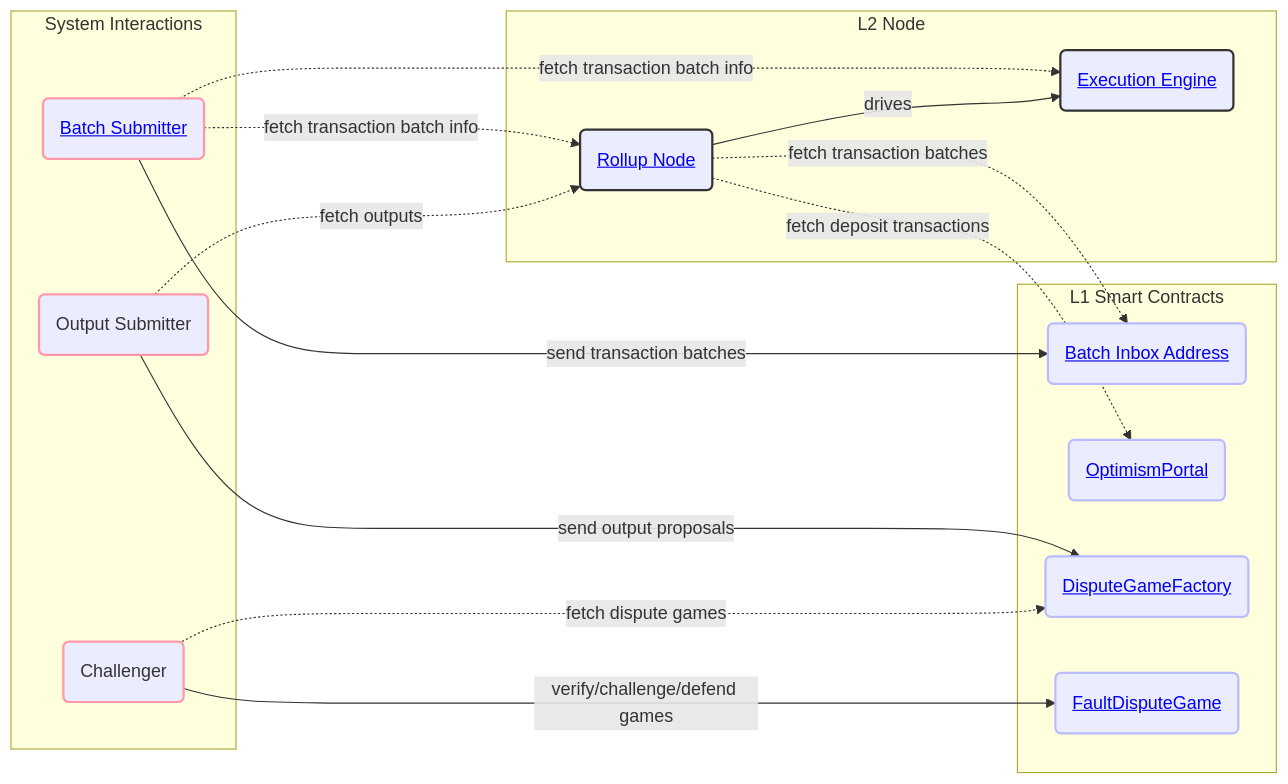
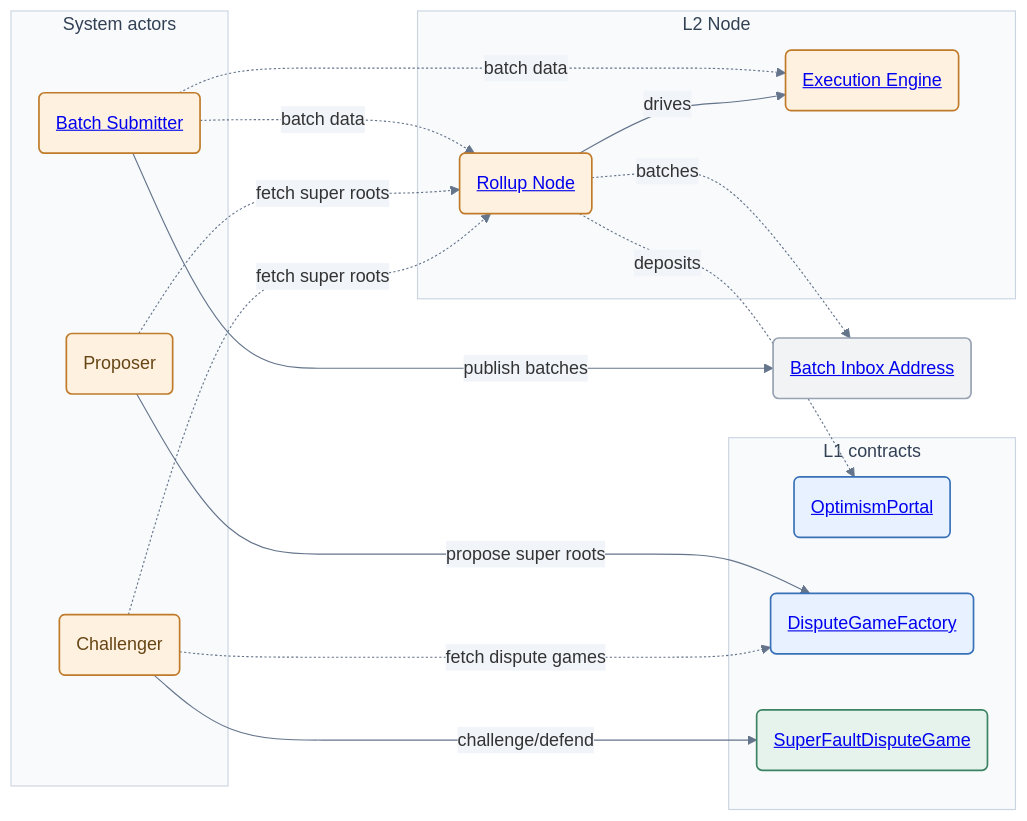
Before and after one commit to ethereum-optimism/specs: the seventh of 7 diagrams in specs/protocol/overview.md, drawn with Mermaid. The commit also changed other lines of this file, not shown here.

Commit message:
docs: refresh smart contract architecture overview

````diff
--- a/specs/protocol/overview.md
+++ b/specs/protocol/overview.md
@@ -277,42 +304,50 @@
 ```mermaid
+%%{init: {"theme": "base", "themeVariables": {"lineColor": "#64748b", "edgeLabelBackground": "#f1f5f9"}, "themeCSS": ".nodeLabel a { color: inherit !important; }"}}%%
 graph LR
-    subgraph "L2 Node"
+    subgraph NodeComponents[L2 Node]
         RollupNode(<a href="./rollup-node.html">Rollup Node</a>)
         ExecutionEngine(<a href="./exec-engine.html">Execution Engine</a>)
     end
 
-    subgraph "System Interactions"
+    subgraph SystemActors[System actors]
         BatchSubmitter(<a href="./batcher.html">Batch Submitter</a>)
-        OutputSubmitter(Output Submitter)
+        OutputSubmitter(Proposer)
         Challenger(Challenger)
     end
 
-    subgraph "L1 Smart Contracts"
-        BatchDataEOA(<a href="../glossary.html#batcher-transaction">Batch Inbox Address</a>)
+    BatchDataEOA(<a href="../glossary.html#batcher-transaction">Batch Inbox Address</a>)
+
+    subgraph L1Contracts[L1 contracts]
         OptimismPortal(<a href="./withdrawals.html#the-optimism-portal-contract">OptimismPortal</a>)
         DisputeGameFactory(<a href="../fault-proof/stage-one/dispute-game-interface.html#disputegamefactory-interface">DisputeGameFactory</a>)
-        FaultDisputeGame(<a href="../fault-proof/stage-one/fault-dispute-game.html">FaultDisputeGame</a>)
+        SuperFaultDisputeGame(<a href="../fault-proof/stage-one/super-fault-dispute-game.html">SuperFaultDisputeGame</a>)
     end
 
-    BatchSubmitter -.->|fetch transaction batch info| RollupNode
-    BatchSubmitter -.->|fetch transaction batch info| ExecutionEngine
-    BatchSubmitter -->|send transaction batches| BatchDataEOA
+    BatchSubmitter -.->|batch data| RollupNode
+    BatchSubmitter -.->|batch data| ExecutionEngine
+    BatchSubmitter -->|publish batches| BatchDataEOA
 
-    RollupNode -.->|fetch transaction batches| BatchDataEOA
-    RollupNode -.->|fetch deposit transactions| OptimismPortal
+    RollupNode -.->|batches| BatchDataEOA
+    RollupNode -.->|deposits| OptimismPortal
     RollupNode -->|drives| ExecutionEngine
 
-    OutputSubmitter -.->|fetch outputs| RollupNode
-    OutputSubmitter -->|send output proposals| DisputeGameFactory
+    OutputSubmitter -.->|fetch super roots| RollupNode
+    OutputSubmitter -->|propose super roots| DisputeGameFactory
 
     Challenger -.->|fetch dispute games| DisputeGameFactory
-    Challenger -->|verify/challenge/defend games| FaultDisputeGame
+    Challenger -.->|fetch super roots| RollupNode
+    Challenger -->|challenge/defend| SuperFaultDisputeGame
 
-    classDef l2Components stroke:#333,stroke-width:2px;
-    classDef systemUser stroke:#f9a,stroke-width:2px;
-    classDef l1Contracts stroke:#bbf,stroke-width:2px;
-
-    class RollupNode,ExecutionEngine l2Components;
-    class BatchSubmitter,OutputSubmitter,Challenger systemUser;
-    class BatchDataEOA,OptimismPortal,DisputeGameFactory,FaultDisputeGame l1Contracts;
+    classDef proxy fill:#e8f1ff,stroke:#3971b8,color:#17375e,stroke-width:1.5px;
+    classDef fixed fill:#e5f3ec,stroke:#3b8363,color:#173f2e,stroke-width:1.5px;
+    classDef actor fill:#fff1df,stroke:#bf7b2a,color:#664515,stroke-width:1.5px;
+    classDef other fill:#f1f3f5,stroke:#98a2b3,color:#344054,stroke-width:1.5px;
+    class RollupNode,ExecutionEngine actor;
+    class BatchSubmitter,OutputSubmitter,Challenger actor;
+    class OptimismPortal,DisputeGameFactory proxy;
+    class BatchDataEOA other;
+    class SuperFaultDisputeGame fixed;
+    style NodeComponents fill:#f8fafc,stroke:#cbd5e1,color:#334155;
+    style SystemActors fill:#f8fafc,stroke:#cbd5e1,color:#334155;
+    style L1Contracts fill:#f8fafc,stroke:#cbd5e1,color:#334155;
 ```
````
